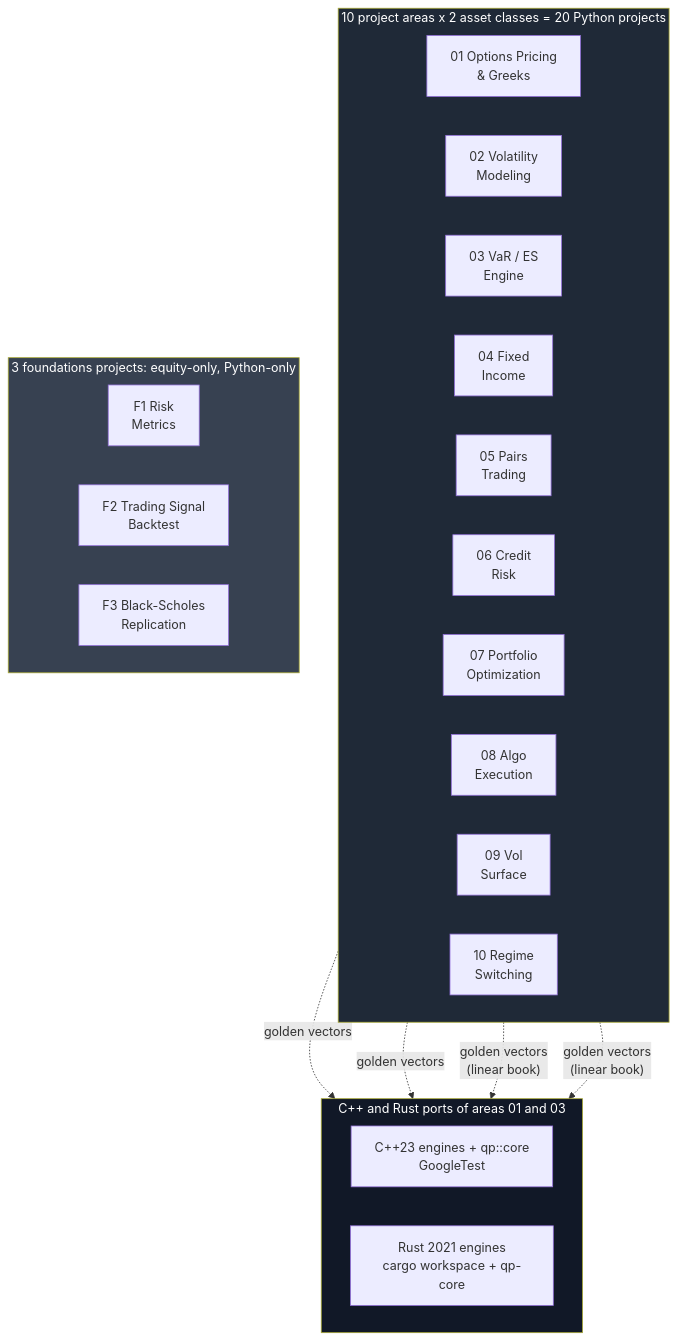
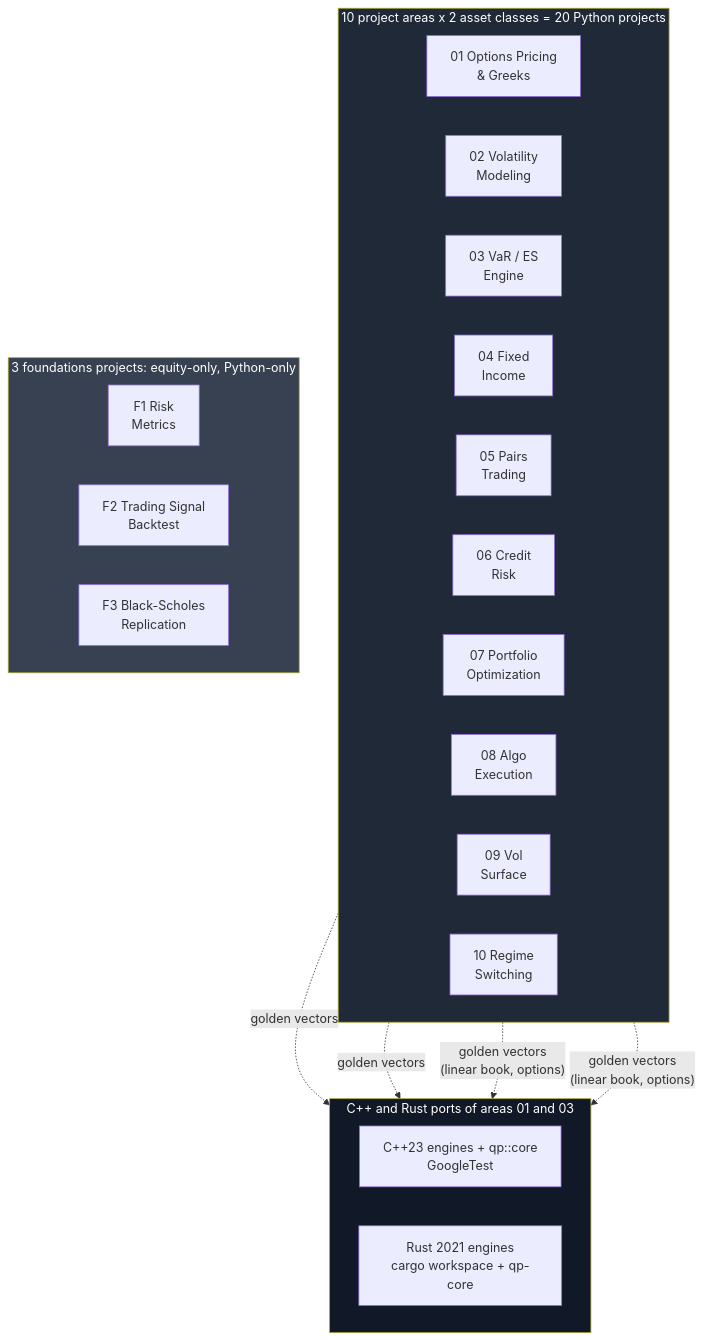
Before and after one commit to AshJha0/quant-portfolio: the first of 9 diagrams in docs/DIAGRAMS.md, drawn with Mermaid. The commit also changed 11 other files, not shown here.

````diff
--- a/docs/DIAGRAMS.md
+++ b/docs/DIAGRAMS.md
@@ -11,36 +11,36 @@
 ```mermaid
 flowchart TB
     subgraph AREAS["10 project areas x 2 asset classes = 20 Python projects"]
         direction LR
         A1["01 Options Pricing<br/>& Greeks"]
         A2["02 Volatility<br/>Modeling"]
         A3["03 VaR / ES<br/>Engine"]
         A4["04 Fixed<br/>Income"]
         A5["05 Pairs<br/>Trading"]
         A6["06 Credit<br/>Risk"]
         A7["07 Portfolio<br/>Optimization"]
         A8["08 Algo<br/>Execution"]
         A9["09 Vol<br/>Surface"]
         A10["10 Regime<br/>Switching"]
     end
 
     subgraph FOUND["3 foundations projects: equity-only, Python-only"]
         direction LR
         F1["F1 Risk<br/>Metrics"]
         F2["F2 Trading Signal<br/>Backtest"]
         F3["F3 Black-Scholes<br/>Replication"]
     end
 
     subgraph PORTS["C++ and Rust ports of areas 01 and 03"]
         direction LR
         CPP["C++23 engines + qp::core<br/>GoogleTest"]
         RUST["Rust 2021 engines<br/>cargo workspace + qp-core"]
     end
 
     A1 -.->|golden vectors| CPP & RUST
-    A3 -.->|"golden vectors<br/>(linear book)"| CPP & RUST
+    A3 -.->|"golden vectors<br/>(linear book, options)"| CPP & RUST
 
     style AREAS fill:#1f2937,color:#fff
     style FOUND fill:#374151,color:#fff
     style PORTS fill:#111827,color:#fff
 ```
````
